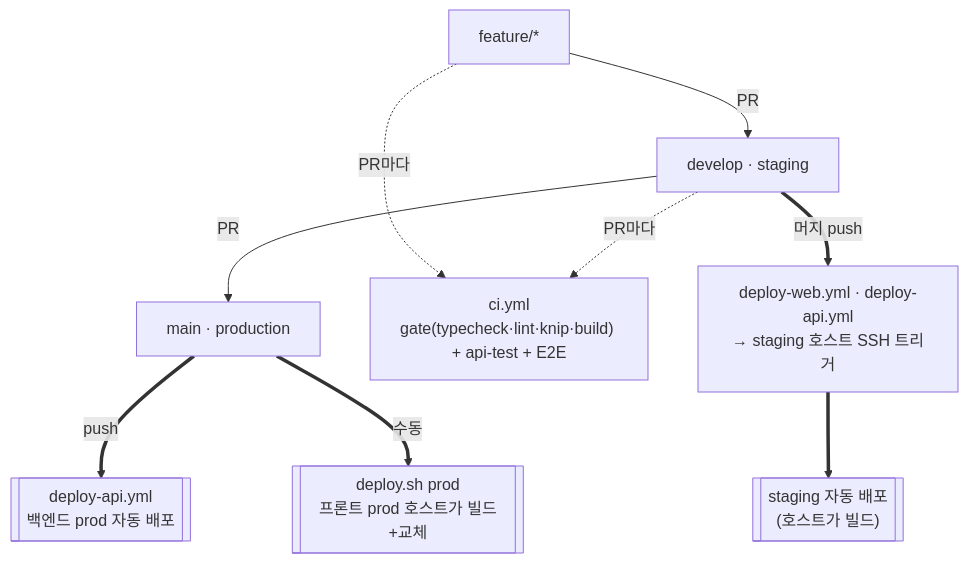
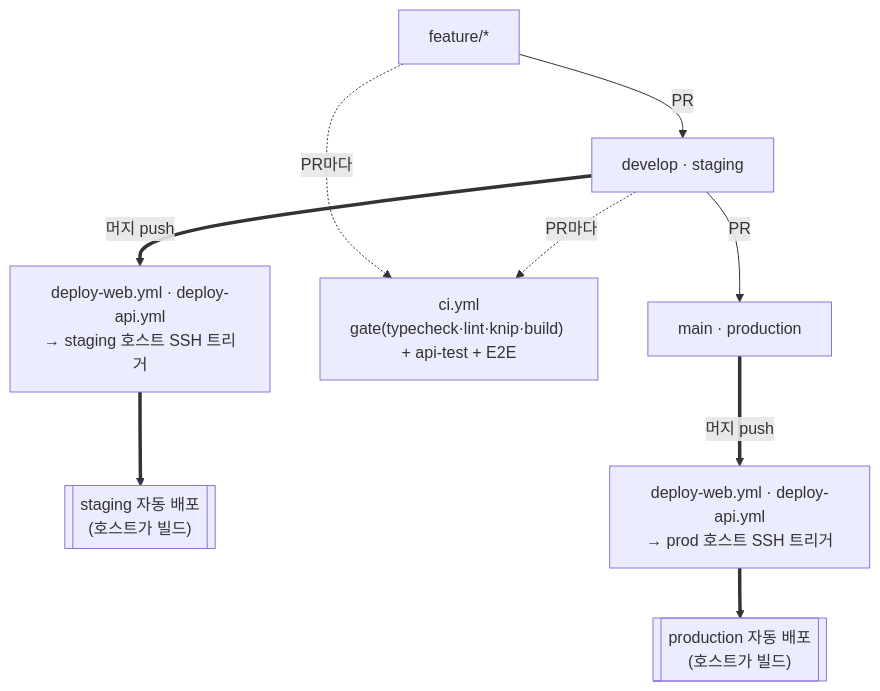
The second of 2 diagrams in README.md (wafflestudio/cse.snu.ac.kr), drawn with Mermaid before and after one commit. The commit also changed other lines of this file and 7 other files, not shown here.

Commit message:
chore(deploy): 웹 배포도 Actions 로만 — main push 자동, 수동 deploy.sh 제거

````diff
--- a/README.md
+++ b/README.md
@@ -109,13 +109,12 @@
 ```mermaid
 flowchart TD
   feat["feature/*"] -->|"PR"| dev["develop · staging"]
   dev -->|"PR"| main["main · production"]
 
   feat -. "PR마다" .-> ci
   dev -. "PR마다" .-> ci
   ci["ci.yml<br/>gate(typecheck·lint·knip·build) + api-test + E2E"]
 
   dev ==>|"머지 push"| dstg["deploy-web.yml · deploy-api.yml<br/>→ staging 호스트 SSH 트리거"] ==> stg[["staging 자동 배포<br/>(호스트가 빌드)"]]
-  main ==>|"push"| dsrv[["deploy-api.yml<br/>백엔드 prod 자동 배포"]]
-  main ==>|"수동"| prd[["deploy.sh prod<br/>프론트 prod 호스트가 빌드+교체"]]
+  main ==>|"머지 push"| dprd["deploy-web.yml · deploy-api.yml<br/>→ prod 호스트 SSH 트리거"] ==> prd[["production 자동 배포<br/>(호스트가 빌드)"]]
 ```
````
